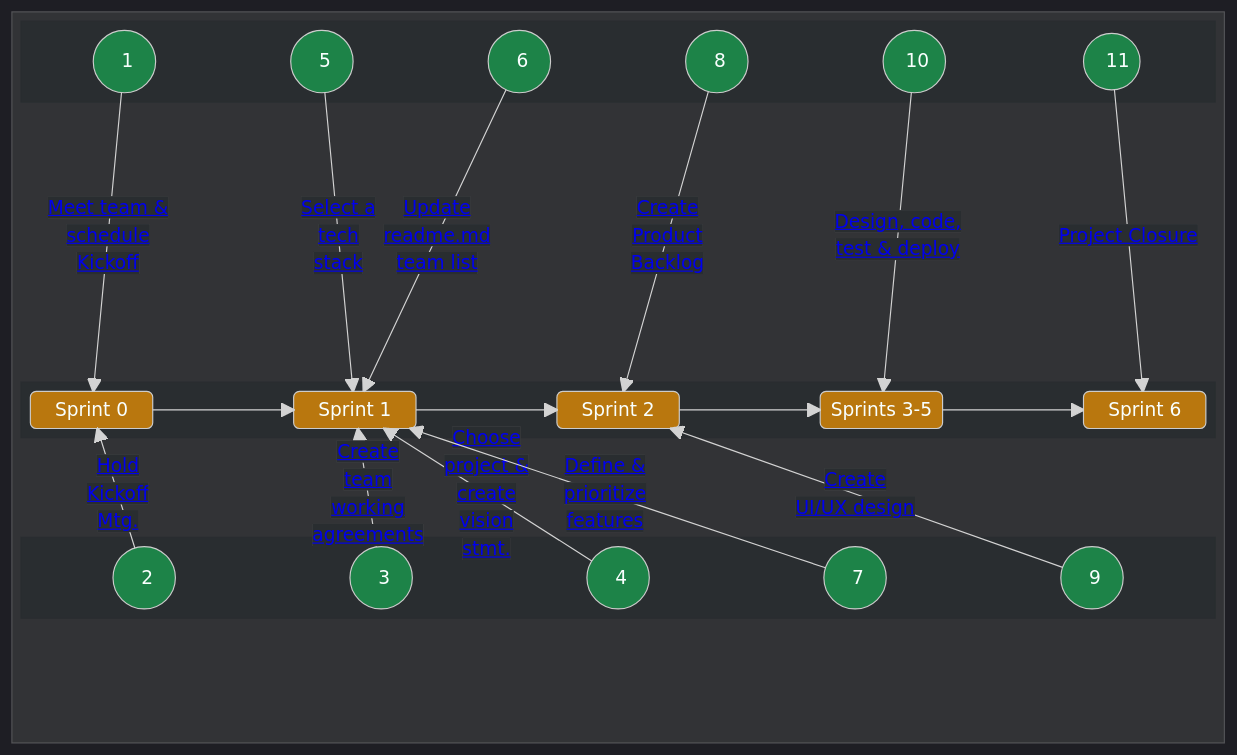
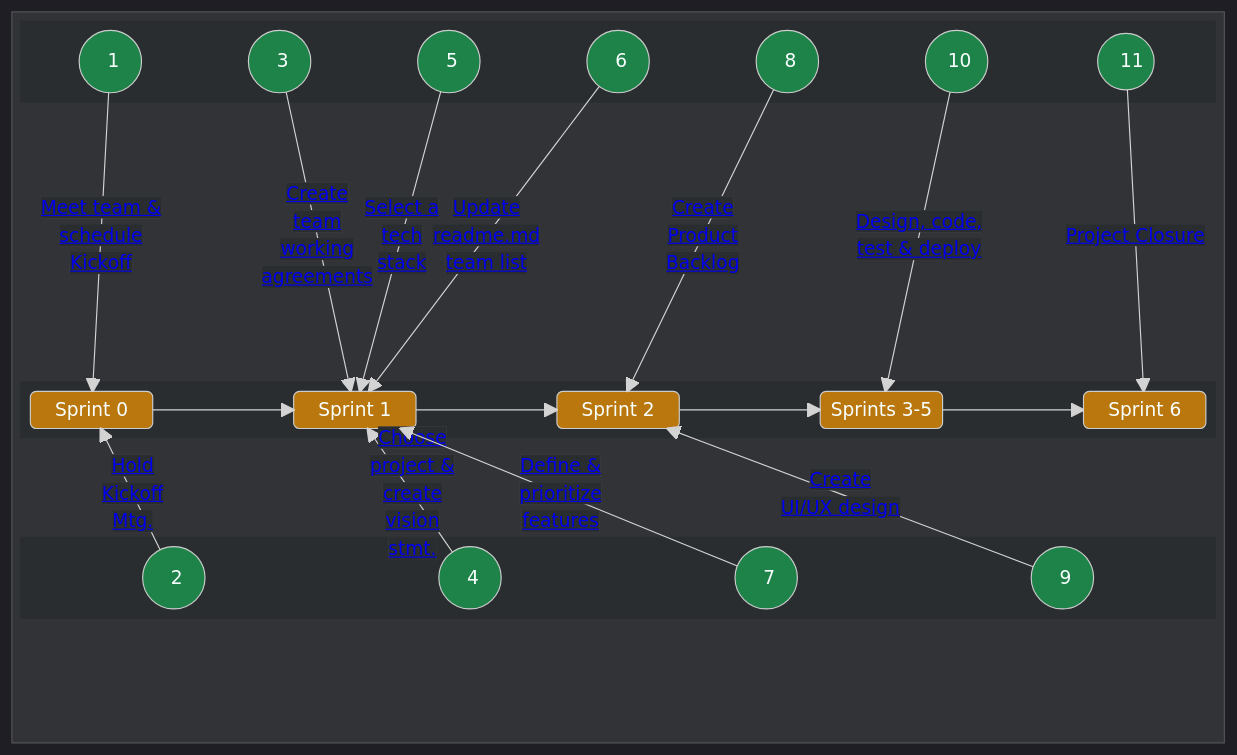
One commit to chingu-voyages/Handbook changed the first of 2 diagrams in docs/guides/voyage/voyage.md. Above: the diagram before and after it, drawn with Mermaid. The commit also changed other lines of this file, not shown here.

```diff
--- a/docs/guides/voyage/voyage.md
+++ b/docs/guides/voyage/voyage.md
@@ -72,6 +72,7 @@
       block:B0TOP
         columns 11
         A1(("&nbsp;&nbsp;&nbsp; 1 &nbsp;&nbsp;"))
+        A3(("&nbsp;&nbsp;&nbsp; 3 &nbsp;&nbsp;"))
         A5(("&nbsp;&nbsp;&nbsp; 5 &nbsp;&nbsp;"))
         A6(("&nbsp;&nbsp;&nbsp; 6 &nbsp;&nbsp;"))
         A8(("&nbsp;&nbsp;&nbsp; 8 &nbsp;&nbsp;"))
@@ -97,7 +98,6 @@
       block:B0BOTTOM
         columns 11
         A2(("&nbsp;&nbsp;&nbsp; 2 &nbsp;&nbsp;"))
-        A3(("&nbsp;&nbsp;&nbsp; 3 &nbsp;&nbsp;"))
         A4(("&nbsp;&nbsp;&nbsp; 4 &nbsp;&nbsp;"))
         A7(("&nbsp;&nbsp;&nbsp; 7 &nbsp;&nbsp;"))
         A9(("&nbsp;&nbsp;&nbsp; 9 &nbsp;&nbsp;"))
```
